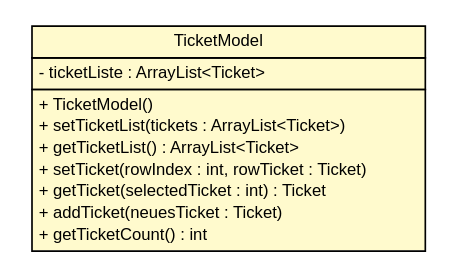
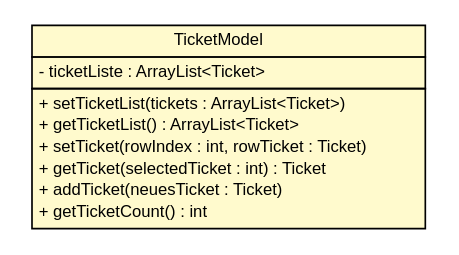
One commit to Dr4K4n/TroubleTicketManagement changed the diagram in doc/de/articmodding/TroubleTicket/TicketModel.dot. Above: the diagram before and after it, drawn with Graphviz. The commit also changed 58 other files, not shown here.

```diff
--- a/doc/de/articmodding/TroubleTicket/TicketModel.dot
+++ b/doc/de/articmodding/TroubleTicket/TicketModel.dot
@@ -1,30 +1,29 @@
 #!/usr/local/bin/dot
 #
 # Class diagram 
 # Generated by UMLGraph version 5.4 (http://www.umlgraph.org/)
 #
 
 digraph G {
 	edge [fontname="Helvetica",fontsize=10,labelfontname="Helvetica",labelfontsize=10];
 	node [fontname="Helvetica",fontsize=10,shape=plaintext];
 	nodesep=0.25;
 	ranksep=0.5;
 	// de.articmodding.TroubleTicket.TicketModel
 	c66 [label=<<table title="de.articmodding.TroubleTicket.TicketModel" border="0" cellborder="1" cellspacing="0" cellpadding="2" port="p" bgcolor="lemonChiffon" href="./TicketModel.html">
 		<tr><td><table border="0" cellspacing="0" cellpadding="1">
 <tr><td align="center" balign="center"> TicketModel </td></tr>
 		</table></td></tr>
 		<tr><td><table border="0" cellspacing="0" cellpadding="1">
 <tr><td align="left" balign="left"> - ticketListe : ArrayList&lt;Ticket&gt; </td></tr>
 		</table></td></tr>
 		<tr><td><table border="0" cellspacing="0" cellpadding="1">
-<tr><td align="left" balign="left"> + TicketModel() </td></tr>
 <tr><td align="left" balign="left"> + setTicketList(tickets : ArrayList&lt;Ticket&gt;) </td></tr>
 <tr><td align="left" balign="left"> + getTicketList() : ArrayList&lt;Ticket&gt; </td></tr>
 <tr><td align="left" balign="left"> + setTicket(rowIndex : int, rowTicket : Ticket) </td></tr>
 <tr><td align="left" balign="left"> + getTicket(selectedTicket : int) : Ticket </td></tr>
 <tr><td align="left" balign="left"> + addTicket(neuesTicket : Ticket) </td></tr>
 <tr><td align="left" balign="left"> + getTicketCount() : int </td></tr>
 		</table></td></tr>
 		</table>>, URL="./TicketModel.html", fontname="Helvetica", fontcolor="black", fontsize=10.0];
 }
```
